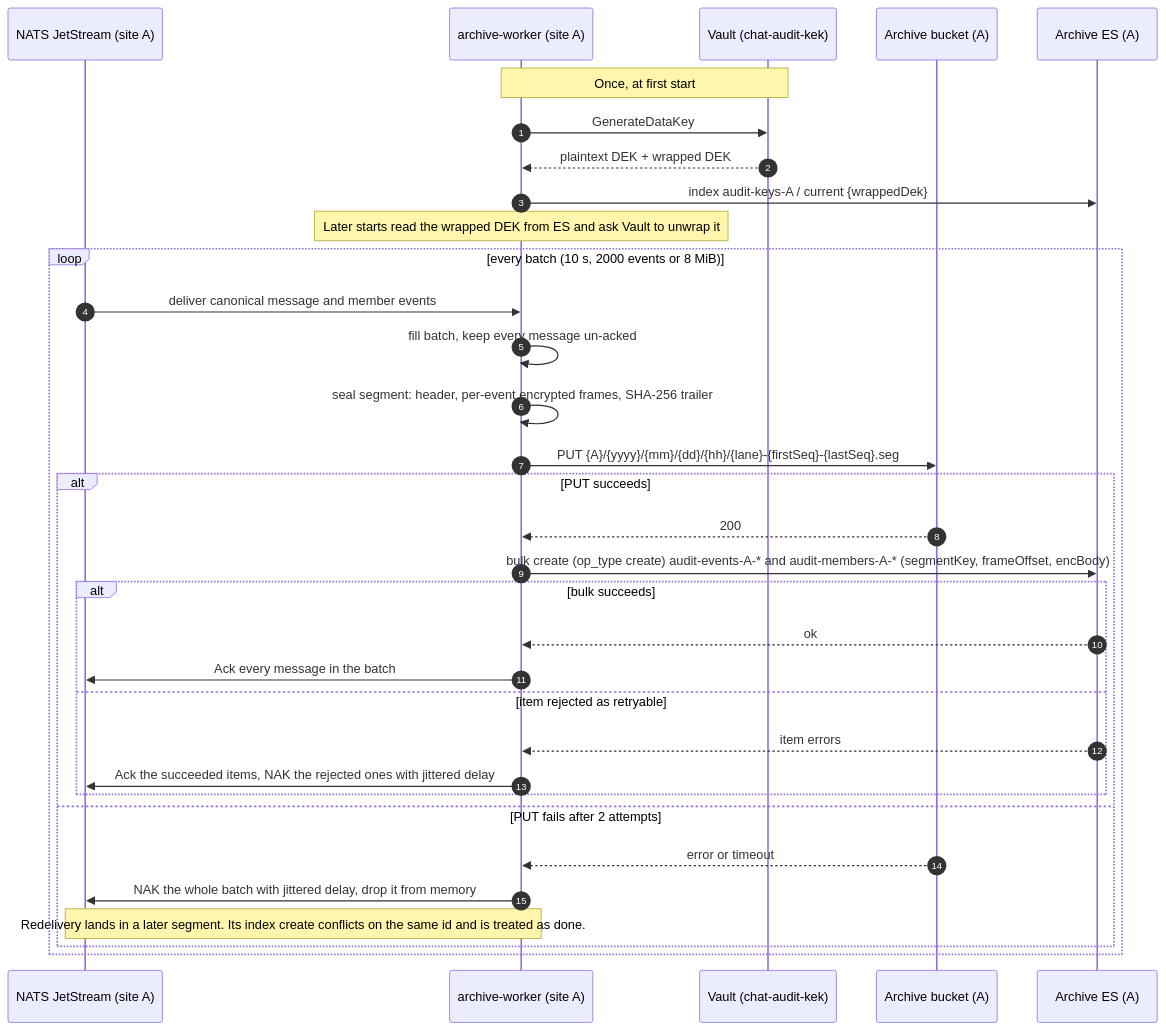
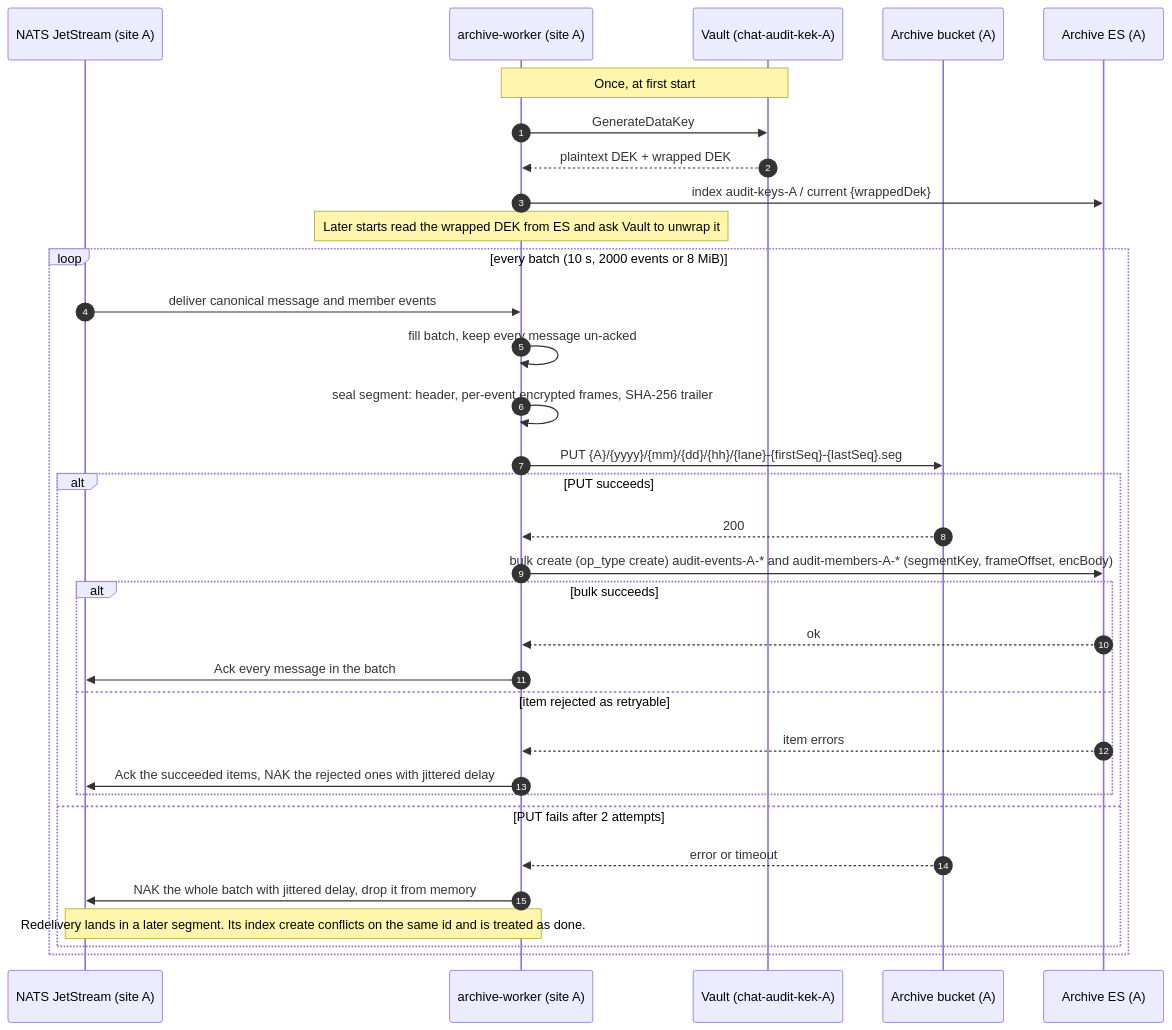
One commit to hmchangw/newchat changed the first of 2 diagrams in docs/superpowers/specs/2026-09-29-message-audit-access-design.md. Above: the diagram before and after it, drawn with Mermaid. The commit also changed other lines of this file and 5 other files, not shown here.

````diff
--- a/docs/superpowers/specs/2026-09-29-message-audit-access-design.md
+++ b/docs/superpowers/specs/2026-09-29-message-audit-access-design.md
@@ -111,37 +111,37 @@
 ```mermaid
 sequenceDiagram
     autonumber
     participant JS as NATS JetStream (site A)
     participant W as archive-worker (site A)
-    participant V as Vault (chat-audit-kek)
+    participant V as Vault (chat-audit-kek-A)
     participant B as Archive bucket (A)
     participant ES as Archive ES (A)
 
     Note over W,V: Once, at first start
     W->>V: GenerateDataKey
     V-->>W: plaintext DEK + wrapped DEK
     W->>ES: index audit-keys-A / current {wrappedDek}
     Note over W: Later starts read the wrapped DEK from ES and ask Vault to unwrap it
 
     loop every batch (10 s, 2000 events or 8 MiB)
         JS->>W: deliver canonical message and member events
         W->>W: fill batch, keep every message un-acked
         W->>W: seal segment: header, per-event encrypted frames, SHA-256 trailer
         W->>B: PUT {A}/{yyyy}/{mm}/{dd}/{hh}/{lane}-{firstSeq}-{lastSeq}.seg
         alt PUT succeeds
             B-->>W: 200
             W->>ES: bulk create (op_type create) audit-events-A-* and audit-members-A-* (segmentKey, frameOffset, encBody)
             alt bulk succeeds
                 ES-->>W: ok
                 W->>JS: Ack every message in the batch
             else item rejected as retryable
                 ES-->>W: item errors
                 W->>JS: Ack the succeeded items, NAK the rejected ones with jittered delay
             end
         else PUT fails after 2 attempts
             B-->>W: error or timeout
             W->>JS: NAK the whole batch with jittered delay, drop it from memory
             Note over JS,W: Redelivery lands in a later segment. Its index create conflicts on the same id and is treated as done.
         end
     end
 ```
````
